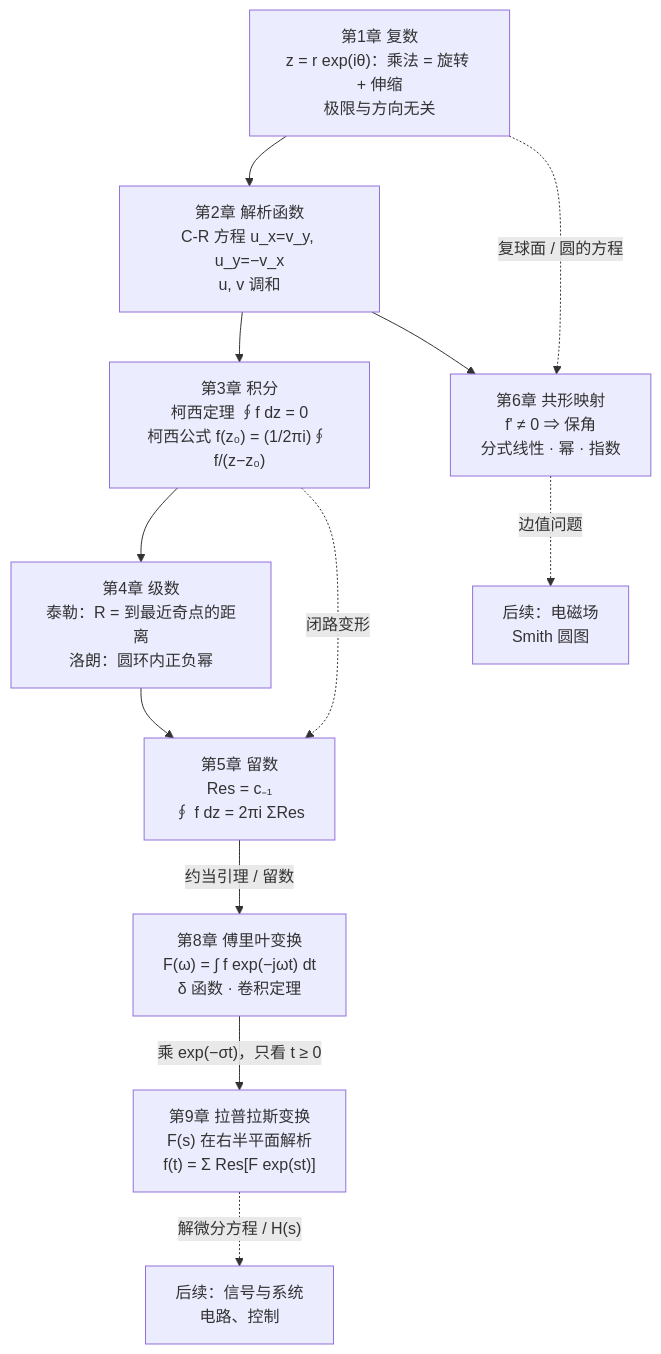
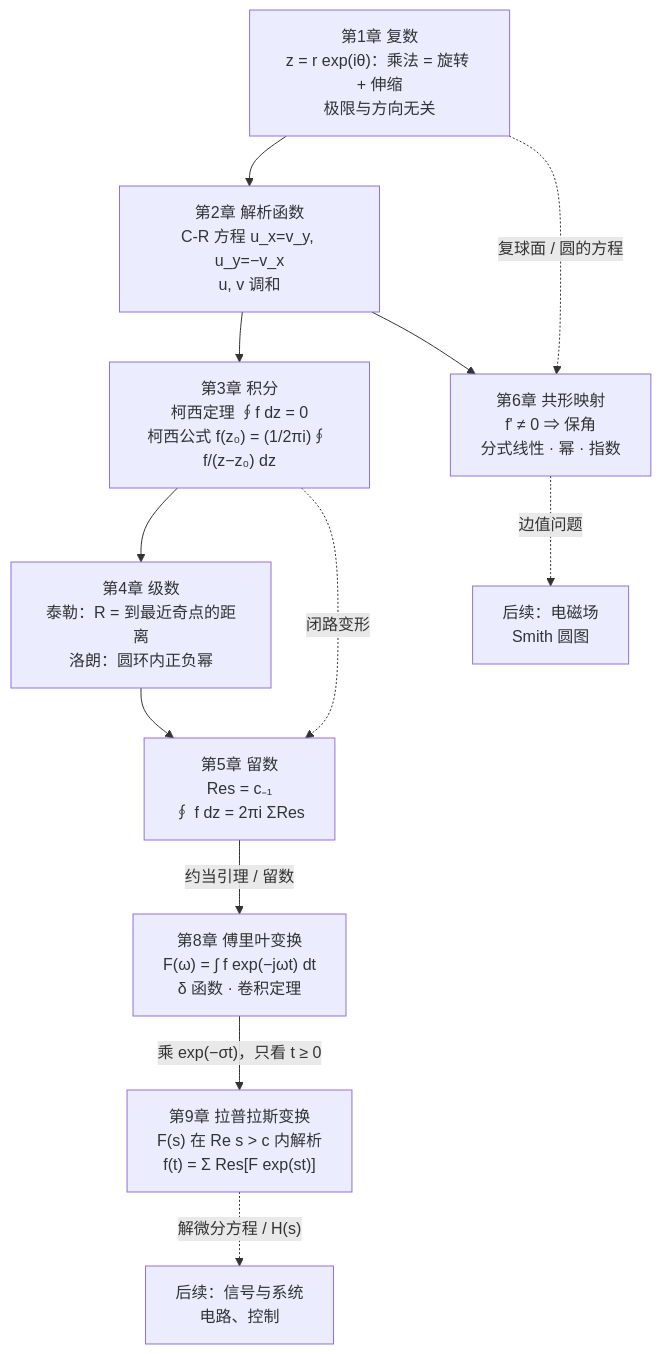
Before and after one commit to cockroach-f/complex-functions: the diagram in docs/summary.md, drawn with Mermaid. The commit also changed other lines of this file and 10 other files, not shown here.

Commit message:
修正拉普拉斯收敛域表述、(1+z)^α 收敛半径、傅里叶积分性质一般形式；Mermaid 边标签统一加引号

````diff
--- a/docs/summary.md
+++ b/docs/summary.md
@@ -13,14 +13,14 @@
 ```mermaid
 flowchart TD
     C1["第1章 复数<br/>z = r exp(iθ)：乘法 = 旋转 + 伸缩<br/>极限与方向无关"] --> C2["第2章 解析函数<br/>C-R 方程 u_x=v_y, u_y=−v_x<br/>u, v 调和"]
-    C2 --> C3["第3章 积分<br/>柯西定理 ∮f dz = 0<br/>柯西公式 f(z₀) = (1/2πi)∮ f/(z−z₀)"]
+    C2 --> C3["第3章 积分<br/>柯西定理 ∮f dz = 0<br/>柯西公式 f(z₀) = (1/2πi)∮ f/(z−z₀) dz"]
     C3 --> C4["第4章 级数<br/>泰勒：R = 到最近奇点的距离<br/>洛朗：圆环内正负幂"]
     C4 --> C5["第5章 留数<br/>Res = c₋₁<br/>∮ f dz = 2πi ΣRes"]
     C2 --> C6["第6章 共形映射<br/>f' ≠ 0 ⇒ 保角<br/>分式线性 · 幂 · 指数"]
-    C1 -.复球面 / 圆的方程.-> C6
-    C3 -.闭路变形.-> C5
-    C5 -- "约当引理 / 留数" --> C8["第8章 傅里叶变换<br/>F(ω) = ∫ f exp(−jωt) dt<br/>δ 函数 · 卷积定理"]
-    C8 -- "乘 exp(−σt)，只看 t ≥ 0" --> C9["第9章 拉普拉斯变换<br/>F(s) 在右半平面解析<br/>f(t) = Σ Res[F exp(st)]"]
-    C9 -.解微分方程 / H(s).-> APP["后续：信号与系统<br/>电路、控制"]
-    C6 -.边值问题.-> APP2["后续：电磁场<br/>Smith 圆图"]
+    C1 -.->|"复球面 / 圆的方程"| C6
+    C3 -.->|"闭路变形"| C5
+    C5 -->|"约当引理 / 留数"| C8["第8章 傅里叶变换<br/>F(ω) = ∫ f exp(−jωt) dt<br/>δ 函数 · 卷积定理"]
+    C8 -->|"乘 exp(−σt)，只看 t ≥ 0"| C9["第9章 拉普拉斯变换<br/>F(s) 在 Re s > c 内解析<br/>f(t) = Σ Res[F exp(st)]"]
+    C9 -.->|"解微分方程 / H(s)"| APP["后续：信号与系统<br/>电路、控制"]
+    C6 -.->|"边值问题"| APP2["后续：电磁场<br/>Smith 圆图"]
 ```
````
